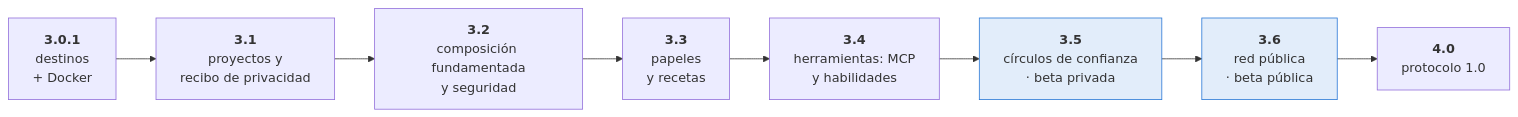
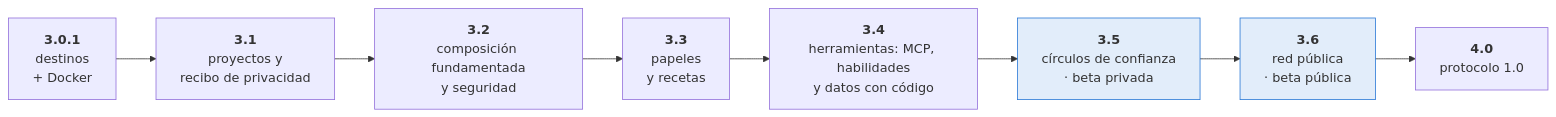
Before and after one commit to Sebastardito/SwarmblyAI: the tenth of 10 diagrams in README.md, drawn with Mermaid. The commit also changed other lines of this file and 8 other files, not shown here.

````diff
--- a/README.md
+++ b/README.md
@@ -586,12 +586,12 @@
 ```mermaid
 flowchart LR
   A["<b>3.0.1</b><br/>destinos<br/>+ Docker"] --> B["<b>3.1</b><br/>proyectos y<br/>recibo de privacidad"]
   B --> C["<b>3.2</b><br/>composición fundamentada<br/>y seguridad"]
   C --> C2["<b>3.3</b><br/>papeles<br/>y recetas"]
-  C2 --> D["<b>3.4</b><br/>herramientas: MCP<br/>y habilidades"]
+  C2 --> D["<b>3.4</b><br/>herramientas: MCP, habilidades<br/>y datos con código"]
   D --> E["<b>3.5</b><br/>círculos de confianza<br/>· beta privada"]
   E --> F["<b>3.6</b><br/>red pública<br/>· beta pública"]
   F --> G["<b>4.0</b><br/>protocolo 1.0"]
   style E fill:#2a78d622,stroke:#2a78d6
   style F fill:#2a78d622,stroke:#2a78d6
 ```
````
